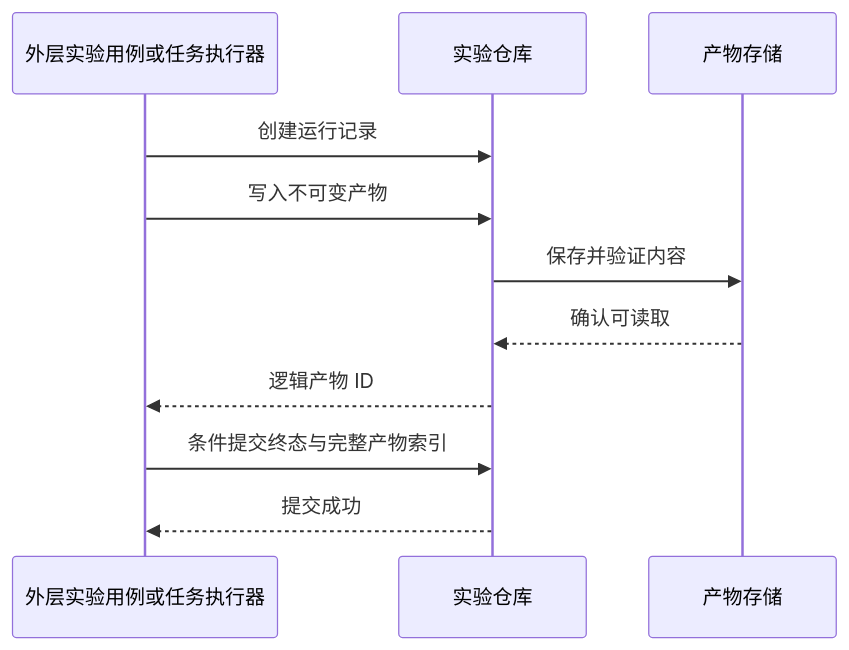
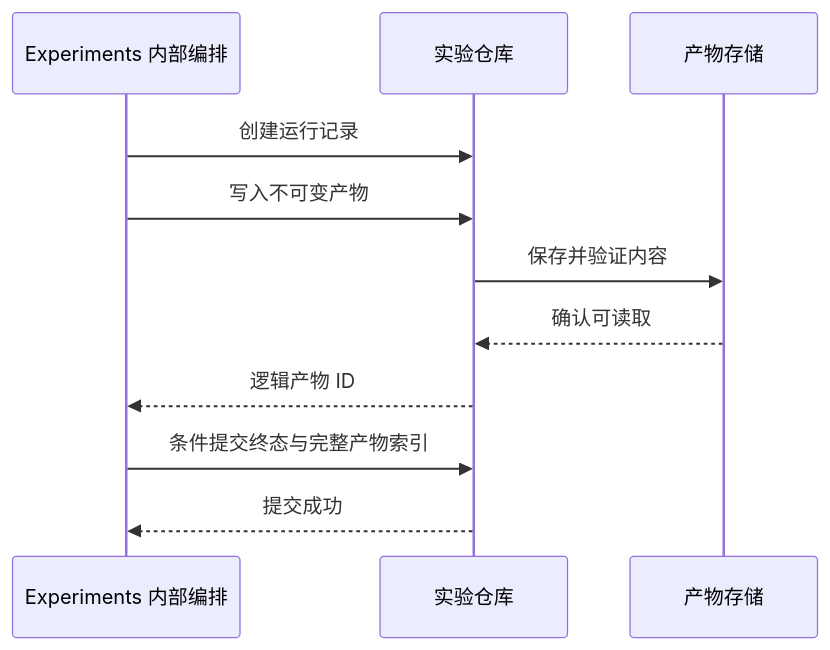
One commit to wishflow/wishflow-tools changed the diagram in apps/gunsnglory/docs/storage-contracts.md. Above: the diagram before and after it, drawn with Mermaid. The commit also changed other lines of this file and 8 other files, not shown here.

````diff
--- a/apps/gunsnglory/docs/storage-contracts.md
+++ b/apps/gunsnglory/docs/storage-contracts.md
@@ -155,13 +163,13 @@
 ```mermaid
 sequenceDiagram
-    participant R as 外层实验用例或任务执行器
+    participant R as Experiments 内部编排
     participant E as 实验仓库
     participant B as 产物存储
     R->>E: 创建运行记录
     R->>E: 写入不可变产物
     E->>B: 保存并验证内容
     B-->>E: 确认可读取
     E-->>R: 逻辑产物 ID
     R->>E: 条件提交终态与完整产物索引
     E-->>R: 提交成功
 ```
````
